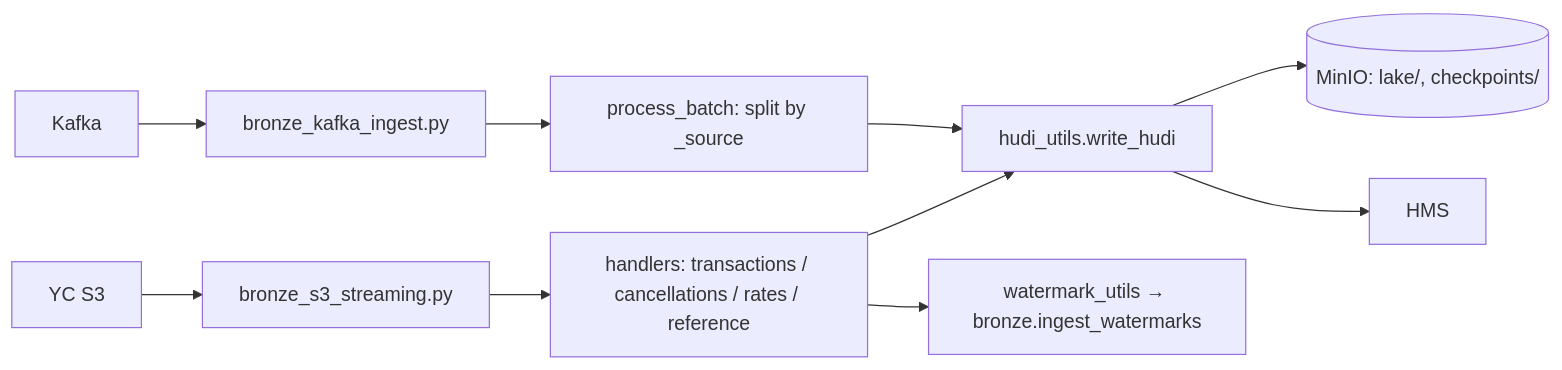
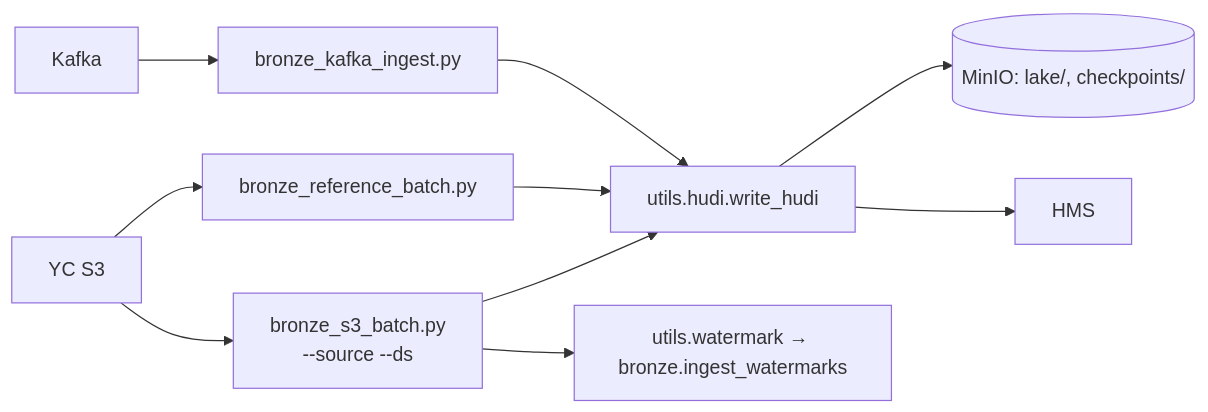
One commit to Alexey-Samodurov/newprolab-de-lab08 changed the third of 9 diagrams in docs/01-detailed-architecture.md. Above: the diagram before and after it, drawn with Mermaid. The commit also changed other lines of this file and 33 other files, not shown here.

````diff
--- a/docs/01-detailed-architecture.md
+++ b/docs/01-detailed-architecture.md
@@ -130,15 +137,14 @@
 ```mermaid
 flowchart LR
-    YCS3[YC S3] --> S3main[bronze_s3_streaming.py]
+    YCS3[YC S3] --> S3B[bronze_s3_batch.py<br/>--source --ds]
+    YCS3 --> REF[bronze_reference_batch.py]
     KFK[Kafka] --> Kmain[bronze_kafka_ingest.py]
 
-    S3main --> Handlers[handlers: transactions / cancellations / rates / reference]
-    Kmain --> KProc[process_batch: split by _source]
-
-    Handlers --> HU[hudi_utils.write_hudi]
-    KProc --> HU
-    Handlers --> WM[watermark_utils → bronze.ingest_watermarks]
+    S3B --> HU[utils.hudi.write_hudi]
+    REF --> HU
+    Kmain --> HU
+    S3B --> WM[utils.watermark → bronze.ingest_watermarks]
 
     HU --> MinIO[(MinIO: lake/, checkpoints/)]
     HU --> HMS[HMS]
 ```
````
